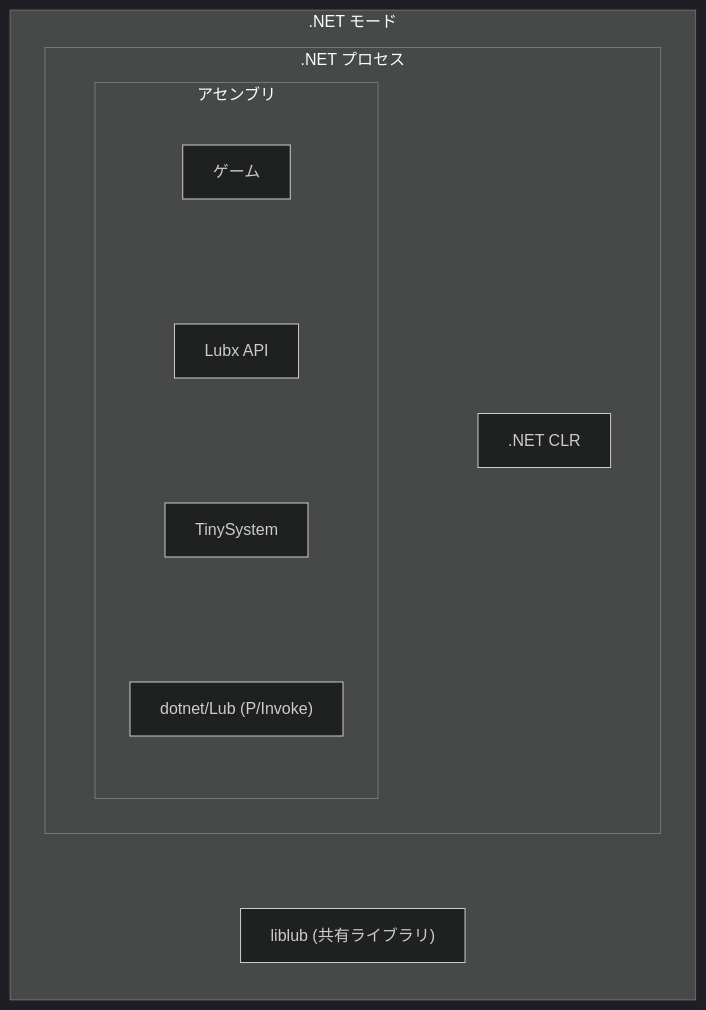
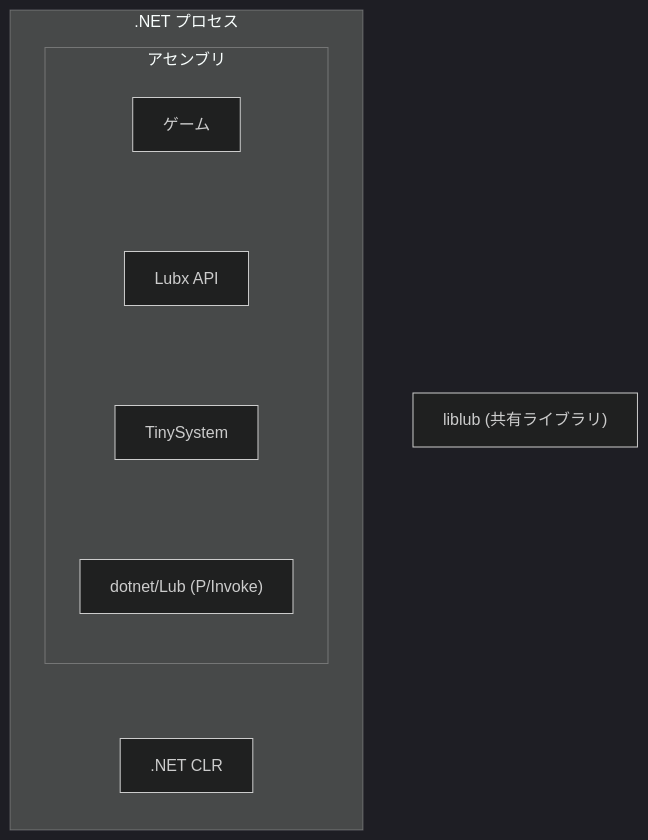
The third of 3 diagrams in docs/develop.md (neguse/lub), drawn with Mermaid (dark theme) before and after one commit. The commit also changed other lines of this file, not shown here.

Commit message:
docs/develop.md の各実行モードに説明を足し、図の外枠を整理する

````diff
--- a/docs/develop.md
+++ b/docs/develop.md
@@ -52,15 +62,13 @@
 ```mermaid
 flowchart LR
-    subgraph dotnet[".NET モード"]
-        subgraph dn_bin[".NET プロセス"]
-            subgraph dn_mod["アセンブリ"]
-                direction TB
-                dn_game["ゲーム"] ~~~ dn_lubx["Lubx API"] ~~~ dn_ts["TinySystem"] ~~~ dn_facade["dotnet/Lub (P/Invoke)"]
-            end
-            dn_clr[".NET CLR"]
-            dn_mod ~~~ dn_clr
+    subgraph dn_bin[".NET プロセス"]
+        subgraph dn_mod["アセンブリ"]
+            direction TB
+            dn_game["ゲーム"] ~~~ dn_lubx["Lubx API"] ~~~ dn_ts["TinySystem"] ~~~ dn_facade["dotnet/Lub (P/Invoke)"]
         end
-        dn_lib["liblub (共有ライブラリ)"]
-        dn_bin ~~~ dn_lib
+        dn_clr[".NET CLR"]
+        dn_mod ~~~ dn_clr
     end
+    dn_lib["liblub (共有ライブラリ)"]
+    dn_bin ~~~ dn_lib
 ```
````
